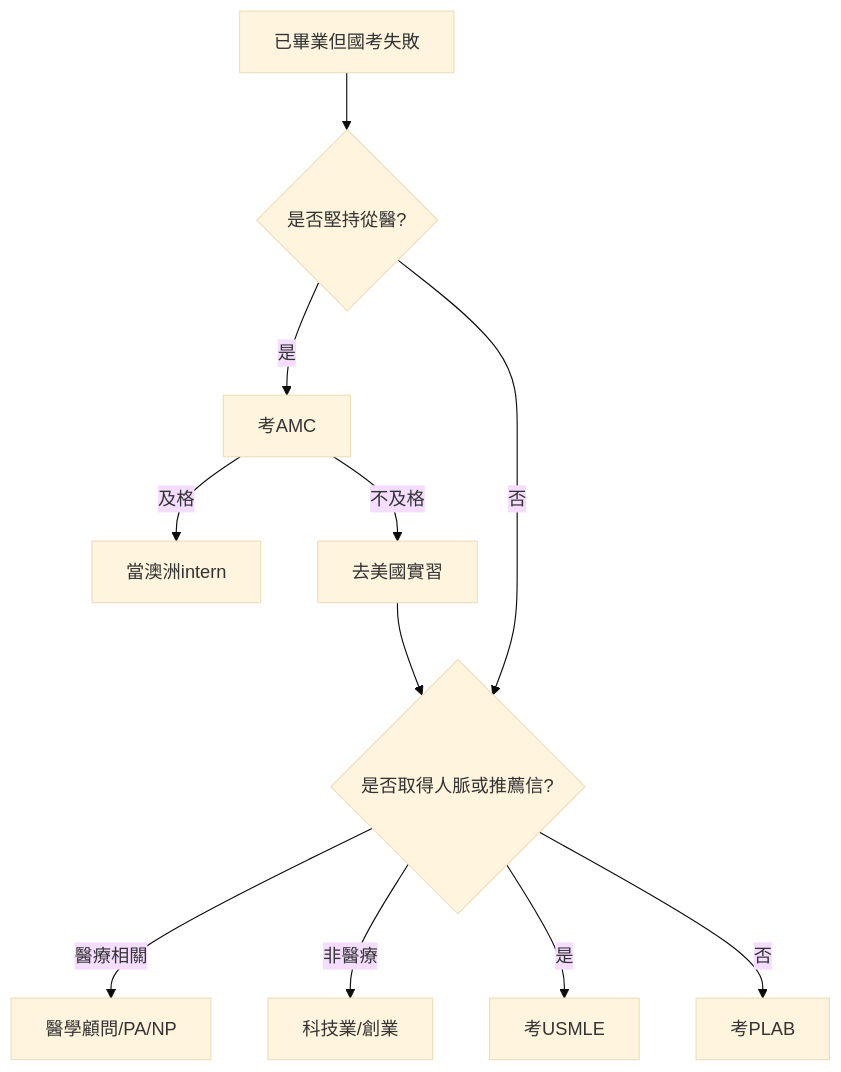
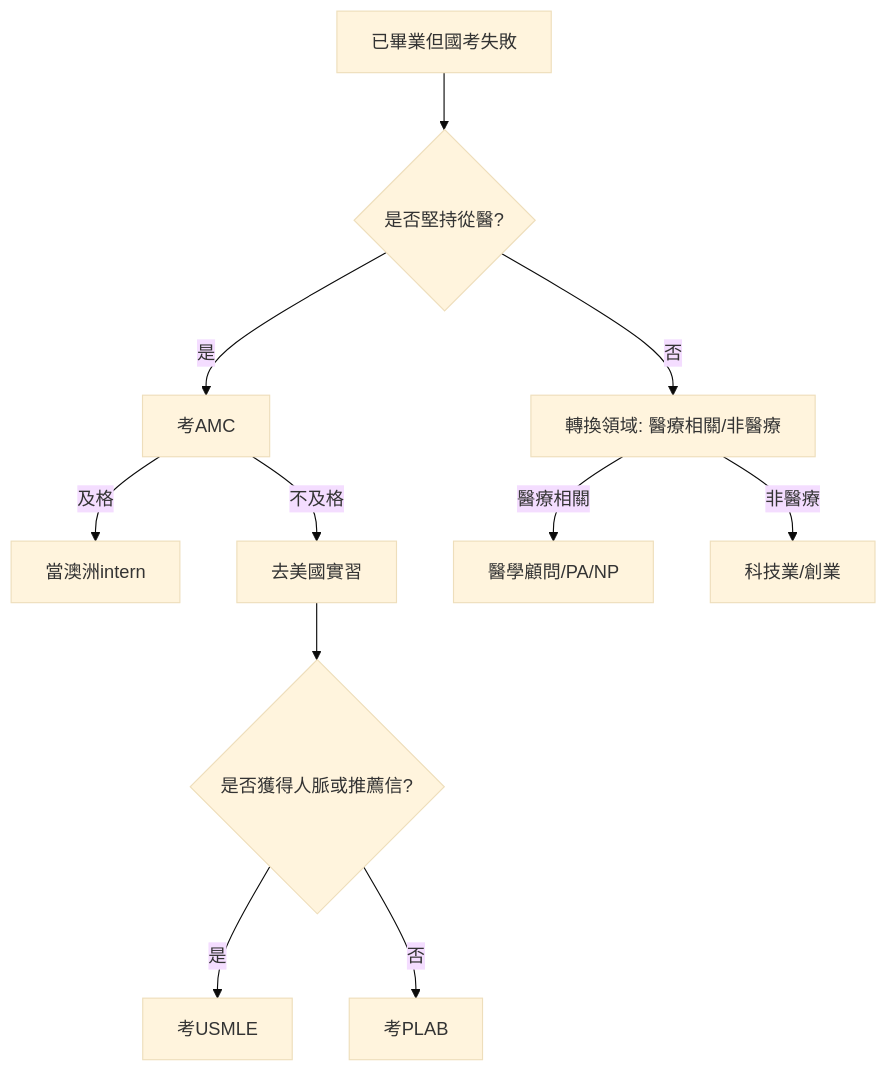
Before and after one commit to BruceChen034020/2025TWMLE: the first of 3 diagrams in README.md, drawn with Mermaid (base theme).

````diff
--- a/README.md
+++ b/README.md
@@ -907,13 +907,13 @@
 ```mermaid
 graph TD
     A[已畢業但國考失敗] --> B{是否堅持從醫?}
     B -->|是| C[考AMC]
     C -->|及格| D[當澳洲intern]
     C -->|不及格| E[去美國實習]
     B -->|否| F[轉換領域: 醫療相關/非醫療]
     F -->|醫療相關| G[醫學顧問/PA/NP]
     F -->|非醫療| H[科技業/創業]
-    E --> F{是否取得人脈或推薦信?}
-    F --> |是| I[考USMLE]
-    F --> |否| J[考PLAB]
+    E --> I{是否獲得人脈或推薦信?}
+    I --> |是| J[考USMLE]
+    I --> |否| K[考PLAB]
 ```
````
